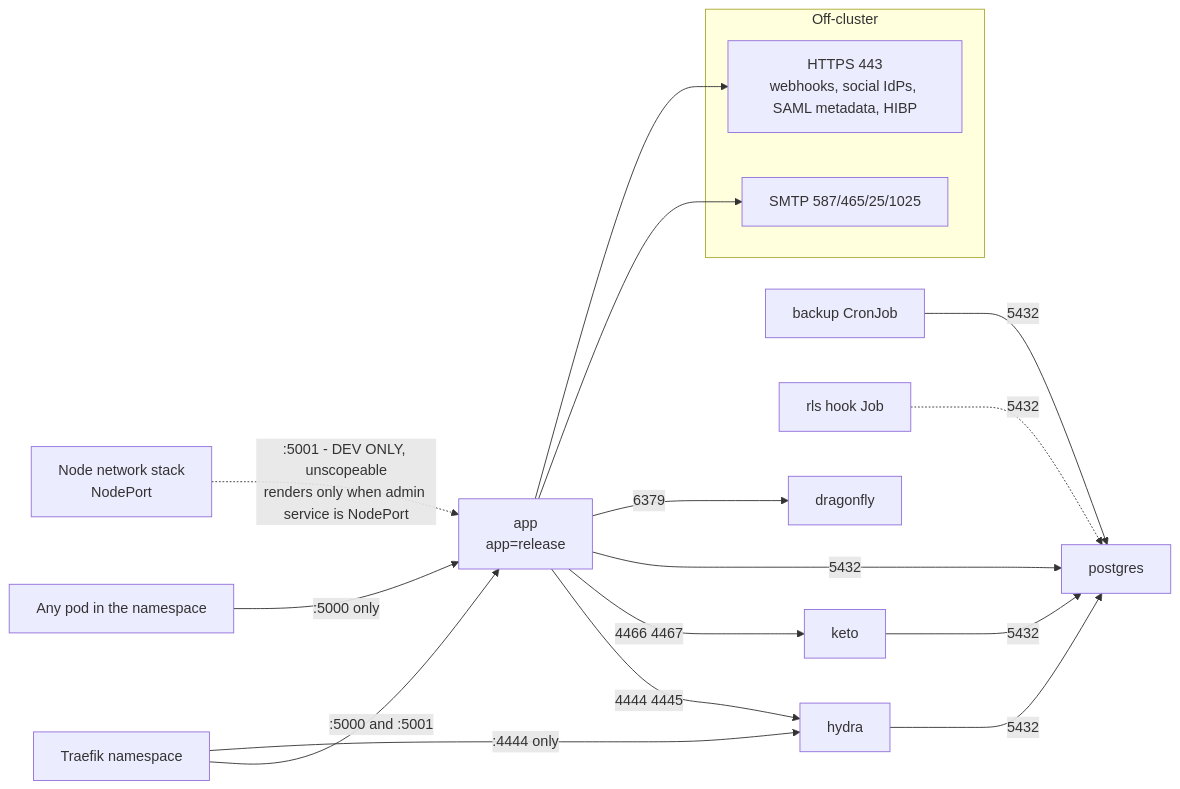
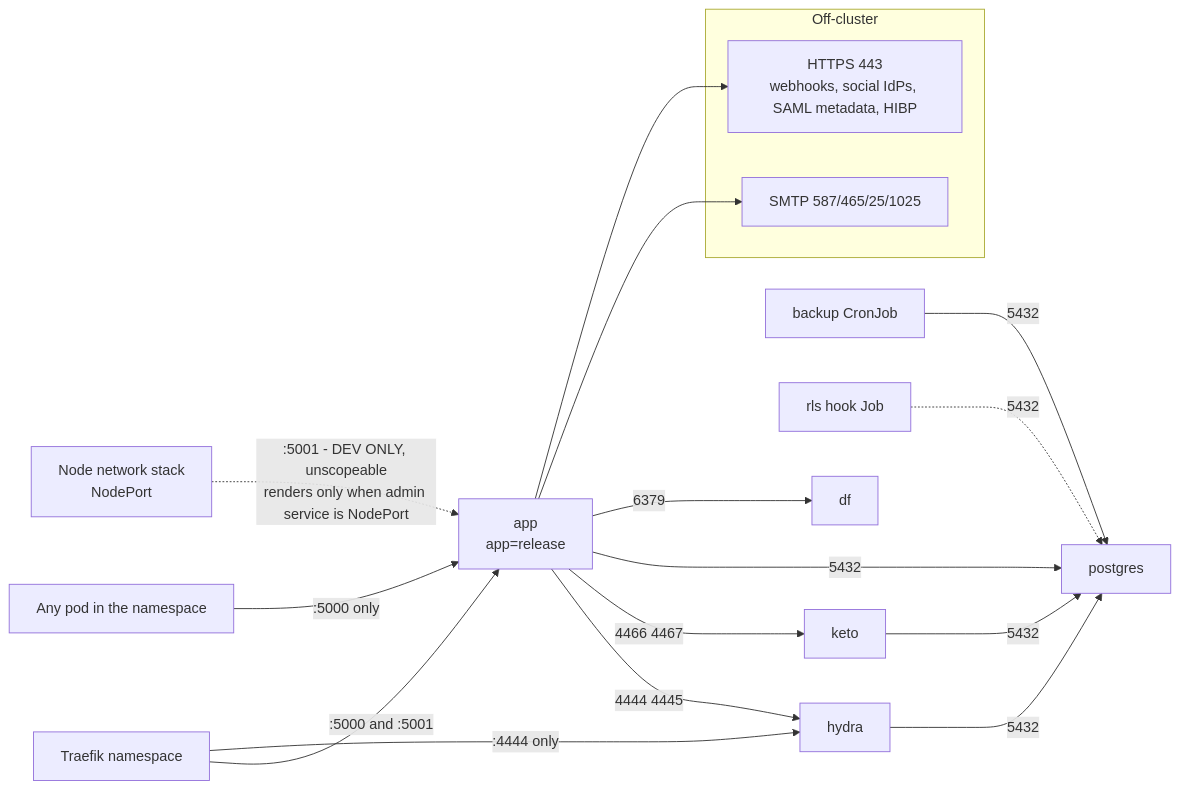
The fourth of 27 diagrams in docs/DIAGRAMS.md (GuillaumeCariou/RediensIAM), drawn with Mermaid before and after one commit. The commit also changed other lines of this file and 93 other files, not shown here.

````diff
--- a/docs/DIAGRAMS.md
+++ b/docs/DIAGRAMS.md
@@ -158,35 +151,34 @@
 ```mermaid
 flowchart LR
     subgraph ext["Off-cluster"]
         smtp["SMTP 587/465/25/1025"]
         https["HTTPS 443<br/>webhooks, social IdPs, SAML metadata, HIBP"]
     end
     ingctl["Traefik namespace"]
     cotenant["Any pod in the namespace"]
     node["Node network stack<br/>NodePort"]
 
     app["app<br/>app=release"]
     hydra["hydra"]
     keto["keto"]
     pg["postgres"]
-    df["dragonfly"]
     backup["backup CronJob"]
     rls["rls hook Job"]
 
     ingctl -->|":5000 and :5001"| app
     cotenant -->|":5000 only"| app
     node -.->|":5001 - DEV ONLY, unscopeable<br/>renders only when admin service is NodePort"| app
 
     app -->|"4444 4445"| hydra
     app -->|"4466 4467"| keto
     app -->|"5432"| pg
     app -->|"6379"| df
     app --> smtp
     app --> https
 
     ingctl -->|":4444 only"| hydra
     hydra -->|"5432"| pg
     keto -->|"5432"| pg
     backup -->|"5432"| pg
     rls -.->|"5432"| pg
 ```
````
